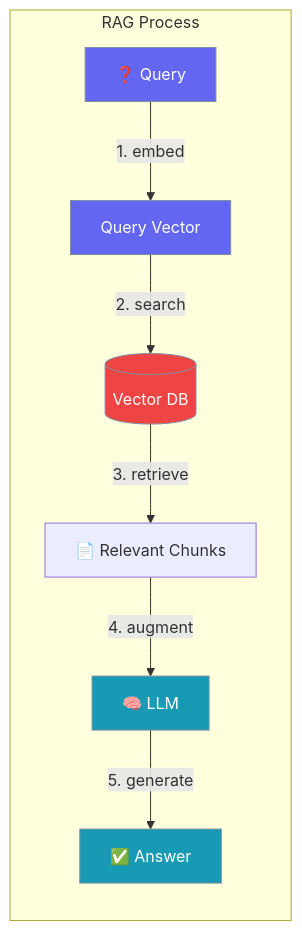
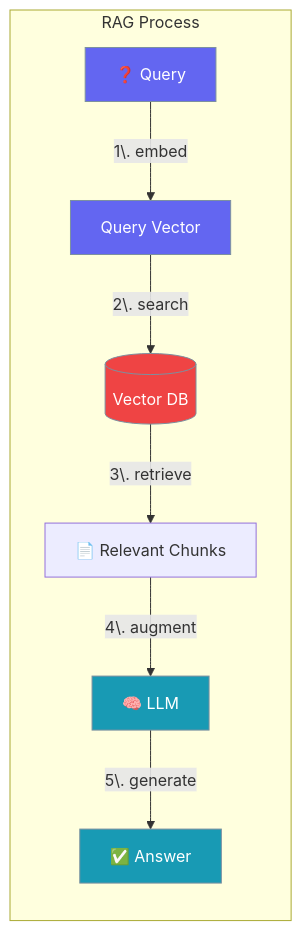
The fifth of 8 diagrams in docs/concepts/knowledge-memory-context-rag.mdx (MervinPraison/PraisonAIDocs), drawn with Mermaid before and after one commit. The commit also changed 2 other files, not shown here.

Commit message:
fix: escape periods in numbered Mermaid diagram labels to ensure correct rendering

````diff
--- a/docs/concepts/knowledge-memory-context-rag.mdx
+++ b/docs/concepts/knowledge-memory-context-rag.mdx
@@ -198,18 +198,18 @@
 ```mermaid
 graph LR
     subgraph "RAG Process"
-        Q[❓ Query] -->|"1. embed"| E[Query Vector]
-        E -->|"2. search"| VDB[(Vector DB)]
-        VDB -->|"3. retrieve"| Chunks[📄 Relevant Chunks]
-        Chunks -->|"4. augment"| LLM[🧠 LLM]
-        LLM -->|"5. generate"| Answer[✅ Answer]
+        Q[❓ Query] -->|"1\. embed"| E[Query Vector]
+        E -->|"2\. search"| VDB[(Vector DB)]
+        VDB -->|"3\. retrieve"| Chunks[📄 Relevant Chunks]
+        Chunks -->|"4\. augment"| LLM[🧠 LLM]
+        LLM -->|"5\. generate"| Answer[✅ Answer]
     end
     
     classDef query fill:#6366F1,stroke:#7C90A0,color:#fff
     classDef db fill:#EF4444,stroke:#7C90A0,color:#fff
     classDef llm fill:#189AB4,stroke:#7C90A0,color:#fff
     
     class Q,E query
     class VDB db
     class LLM,Answer llm
 ```
````
